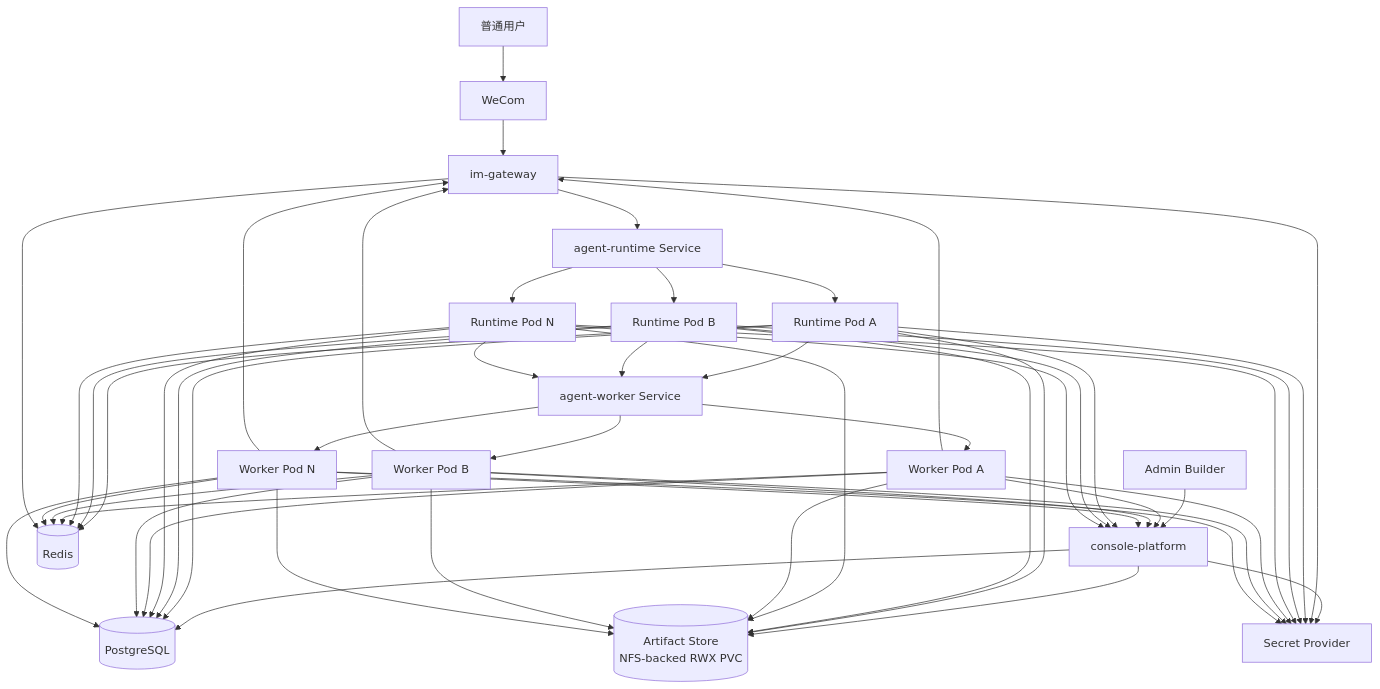
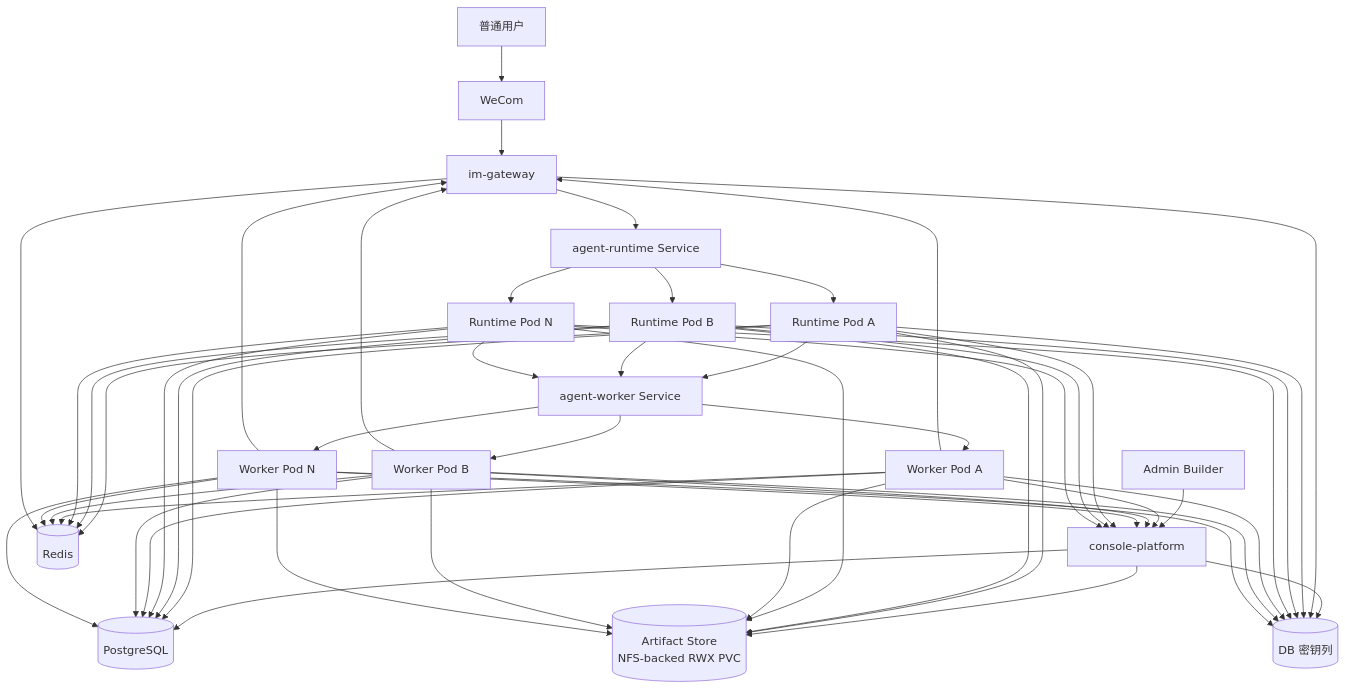
One commit to Michaelxwb/fluxion-harness changed the fourth of 7 diagrams in docs/01-总体架构与部署详细设计.md. Above: the diagram before and after it, drawn with Mermaid. The commit also changed other lines of this file and 116 other files, not shown here.

````diff
--- a/docs/01-总体架构与部署详细设计.md
+++ b/docs/01-总体架构与部署详细设计.md
@@ -270,61 +270,61 @@
 ```mermaid
 flowchart TB
     ADMIN[Admin Builder] --> CP[console-platform]
     USER[普通用户] --> WC[WeCom]
     WC --> IG[im-gateway]
 
     IG --> RSVC[agent-runtime Service]
     RSVC --> AR1[Runtime Pod A]
     RSVC --> AR2[Runtime Pod B]
     RSVC --> ARN[Runtime Pod N]
 
     AR1 --> WSVC[agent-worker Service]
     AR2 --> WSVC
     ARN --> WSVC
     WSVC --> W1[Worker Pod A]
     WSVC --> W2[Worker Pod B]
     WSVC --> WN[Worker Pod N]
     W1 --> IG
     W2 --> IG
     WN --> IG
     W1 --> CP
     W2 --> CP
     WN --> CP
 
     AR1 --> CP
     AR2 --> CP
     ARN --> CP
 
     CP --> PG[(PostgreSQL)]
     AR1 --> PG
     AR2 --> PG
     ARN --> PG
     W1 --> PG
     W2 --> PG
     WN --> PG
 
     AR1 --> RD[(Redis)]
     AR2 --> RD
     ARN --> RD
     W1 --> RD
     W2 --> RD
     WN --> RD
     IG --> RD
 
     CP --> OS[(Artifact Store\nNFS-backed RWX PVC)]
     AR1 --> OS
     AR2 --> OS
     ARN --> OS
     W1 --> OS
     W2 --> OS
     WN --> OS
 
-    CP --> SP[Secret Provider]
+    CP --> SP[(DB 密钥列)]
     IG --> SP
     AR1 --> SP
     AR2 --> SP
     ARN --> SP
     W1 --> SP
     W2 --> SP
     WN --> SP
 ```
````
